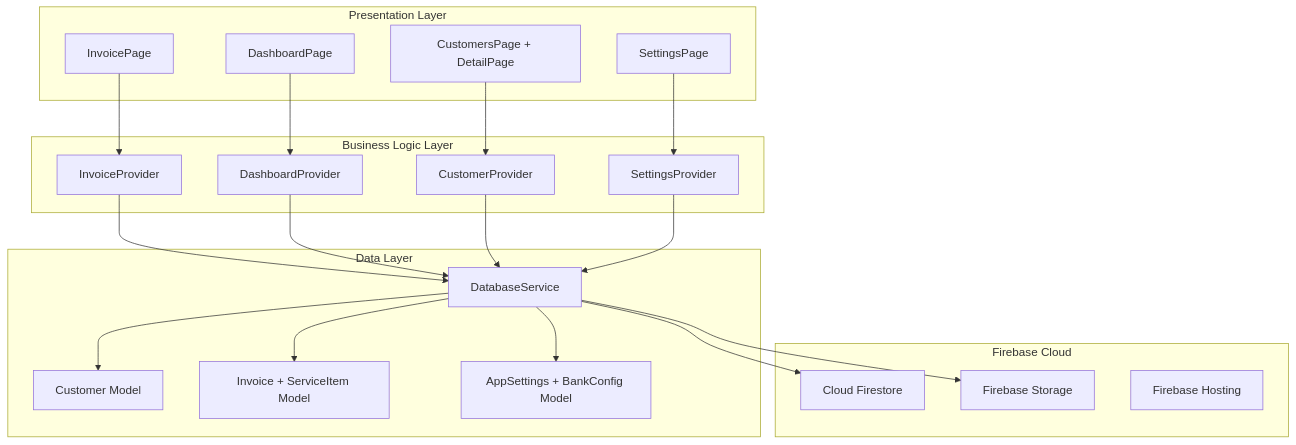
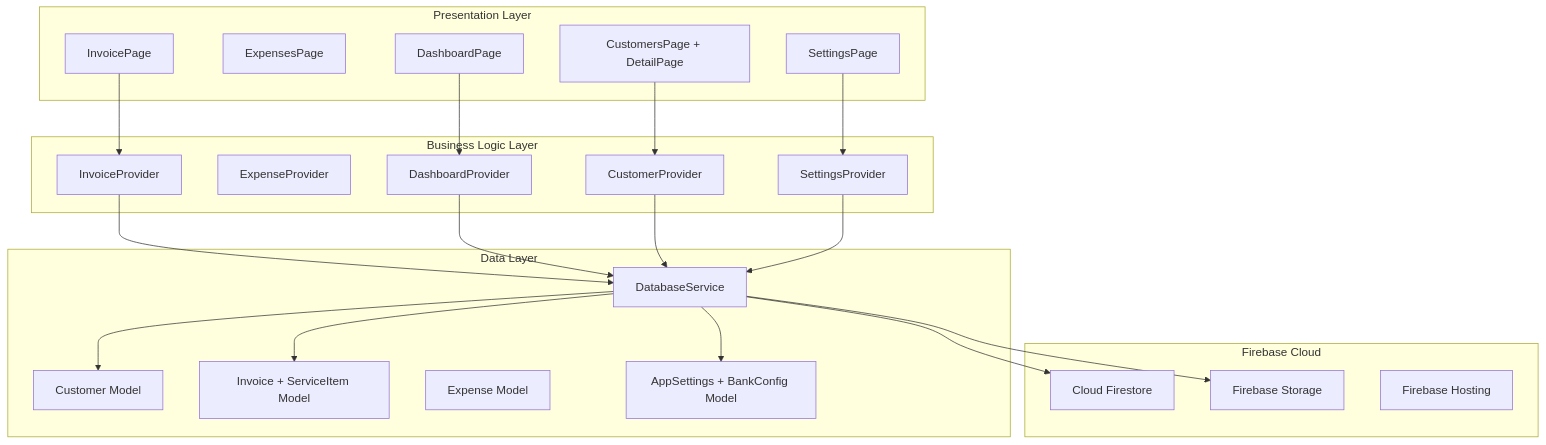
One commit to MaiBaThai/hazel-invoice-management changed the first of 7 diagrams in docs/system_documentation.md. Above: the diagram before and after it, drawn with Mermaid. The commit also changed other lines of this file and 1 other file, not shown here.

````diff
--- a/docs/system_documentation.md
+++ b/docs/system_documentation.md
@@ -52,46 +52,49 @@
 ```mermaid
 graph TB
     subgraph "Presentation Layer"
         IP["InvoicePage"]
+        EP["ExpensesPage"]
         DP["DashboardPage"]
         CP["CustomersPage + DetailPage"]
         SP["SettingsPage"]
     end
 
     subgraph "Business Logic Layer"
         InvP["InvoiceProvider"]
+        ExpP["ExpenseProvider"]
         DashP["DashboardProvider"]
         CustP["CustomerProvider"]
         SetP["SettingsProvider"]
     end
 
     subgraph "Data Layer"
         DB["DatabaseService"]
         CM["Customer Model"]
         IM["Invoice + ServiceItem Model"]
+        EM["Expense Model"]
         AM["AppSettings + BankConfig Model"]
     end
 
     subgraph "Firebase Cloud"
         FS["Cloud Firestore"]
         ST["Firebase Storage"]
         FH["Firebase Hosting"]
     end
 
     IP --> InvP
     DP --> DashP
     CP --> CustP
     SP --> SetP
 
     InvP --> DB
     DashP --> DB
     CustP --> DB
     SetP --> DB
 
     DB --> CM
     DB --> IM
     DB --> AM
 
     DB --> FS
     DB --> ST
 ```
````
